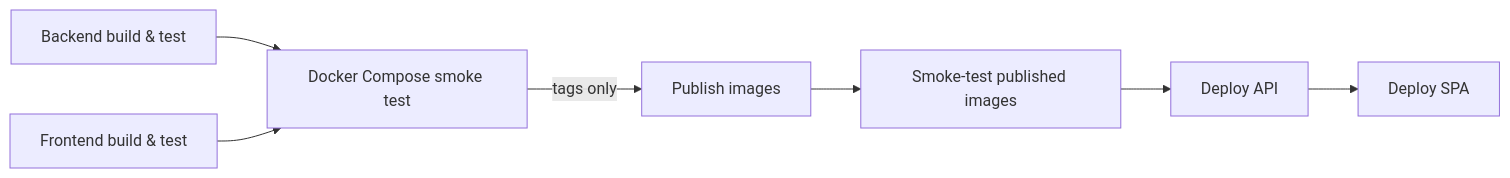
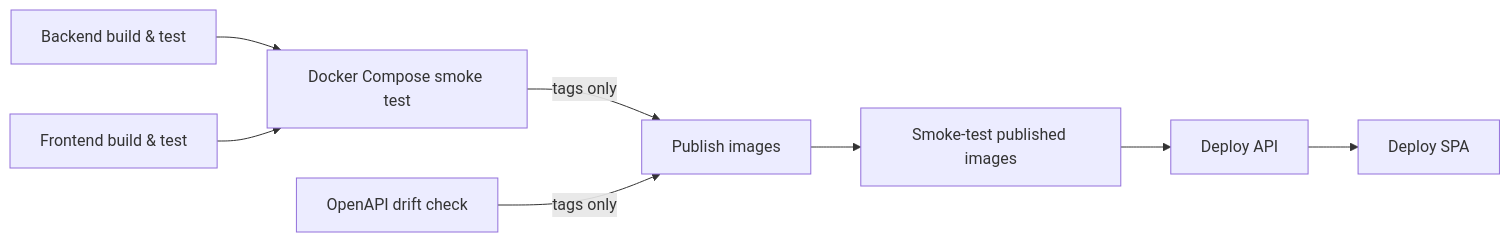
One commit to muszkab/TicketBookingPlatform changed the diagram in docs/ci-cd.md. Above: the diagram before and after it, drawn with Mermaid.

Commit message:
Add OpenAPI drift check to CI/CD flowchart

````diff
--- a/docs/ci-cd.md
+++ b/docs/ci-cd.md
@@ -6,9 +6,11 @@
 ```mermaid
 flowchart LR
     B[Backend build & test] --> C[Docker Compose smoke test]
     F[Frontend build & test] --> C
+    O[OpenAPI drift check]
     C -->|tags only| P[Publish images]
+    O -->|tags only| P
     P --> S[Smoke-test published images]
     S --> DA[Deploy API]
     DA --> DS[Deploy SPA]
 ```
````
